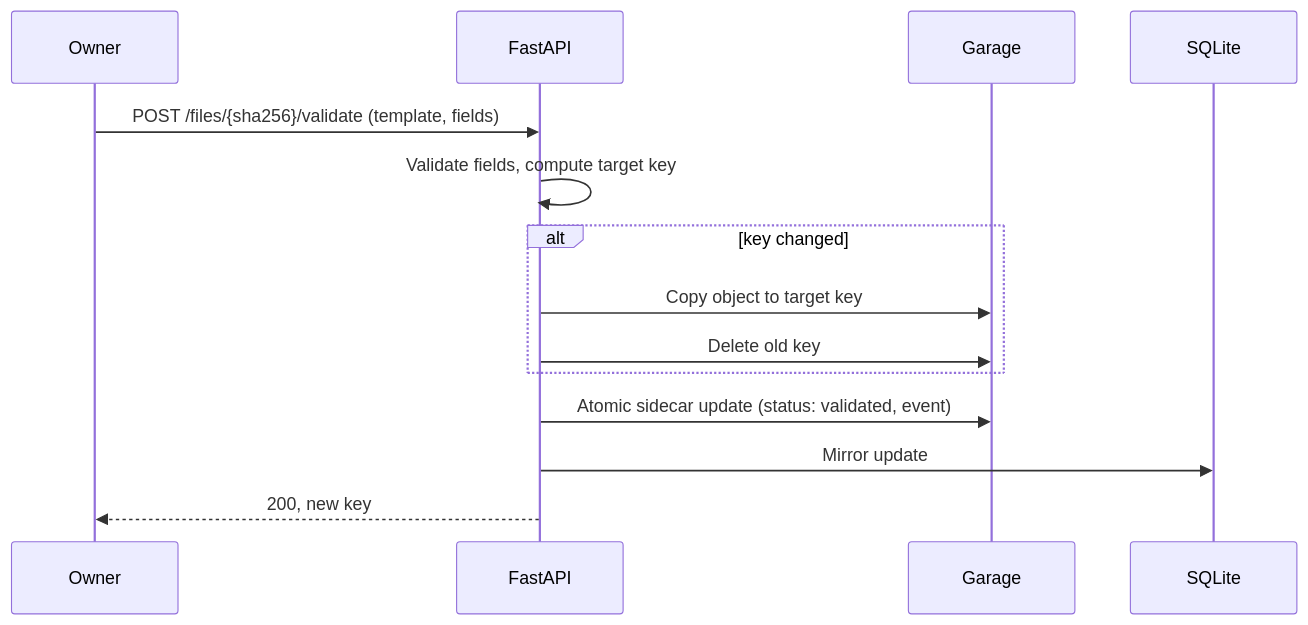
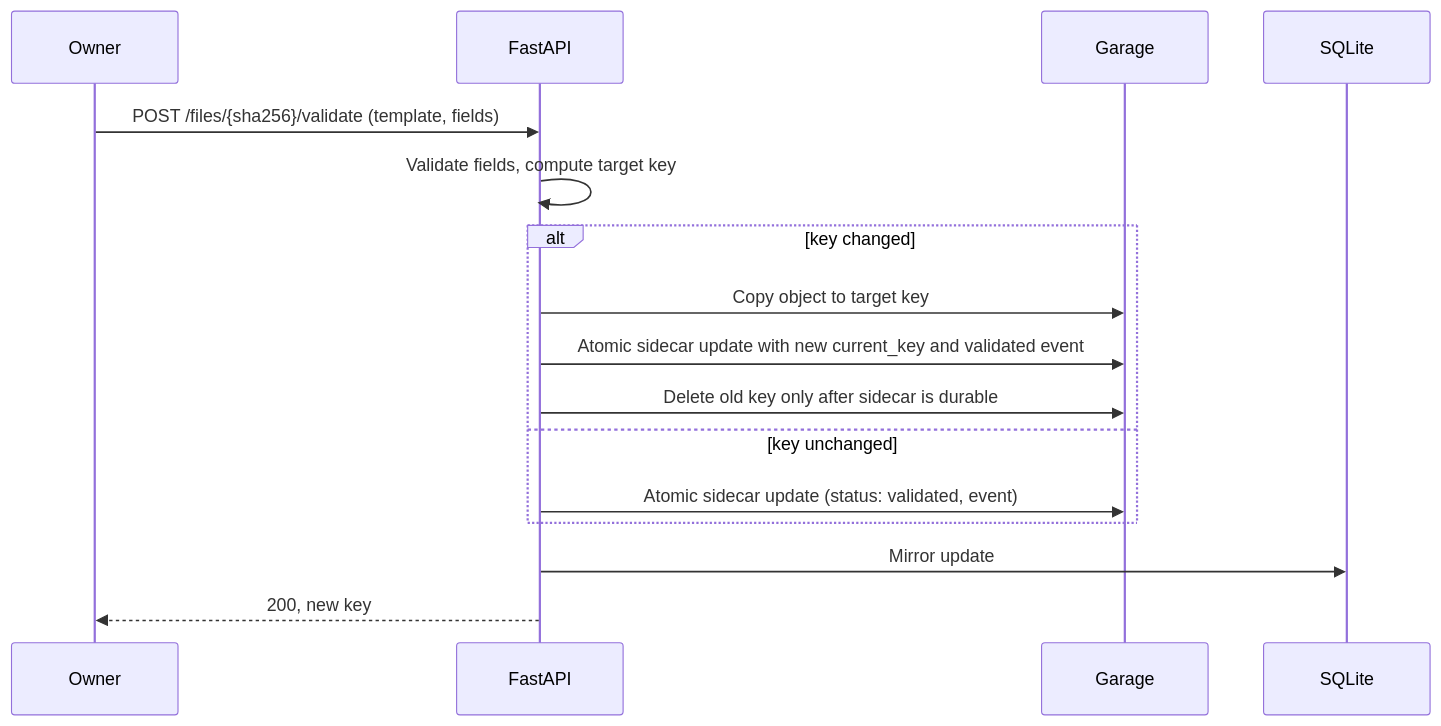
Before and after one commit to napnap75/multiarch-docker-images: the third of 3 diagrams in automatic-pdf-renamer/arch.md, drawn with Mermaid. The commit also changed other lines of this file, not shown here.

````diff
--- a/automatic-pdf-renamer/arch.md
+++ b/automatic-pdf-renamer/arch.md
@@ -318,16 +318,18 @@
 ```mermaid
 sequenceDiagram
   participant U as Owner
   participant API as FastAPI
   participant S3 as Garage
   participant DB as SQLite
   U->>API: POST /files/{sha256}/validate (template, fields)
   API->>API: Validate fields, compute target key
   alt key changed
     API->>S3: Copy object to target key
-    API->>S3: Delete old key
+    API->>S3: Atomic sidecar update with new current_key and validated event
+    API->>S3: Delete old key only after sidecar is durable
+  else key unchanged
+    API->>S3: Atomic sidecar update (status: validated, event)
   end
-  API->>S3: Atomic sidecar update (status: validated, event)
   API->>DB: Mirror update
   API-->>U: 200, new key
 ```
````
